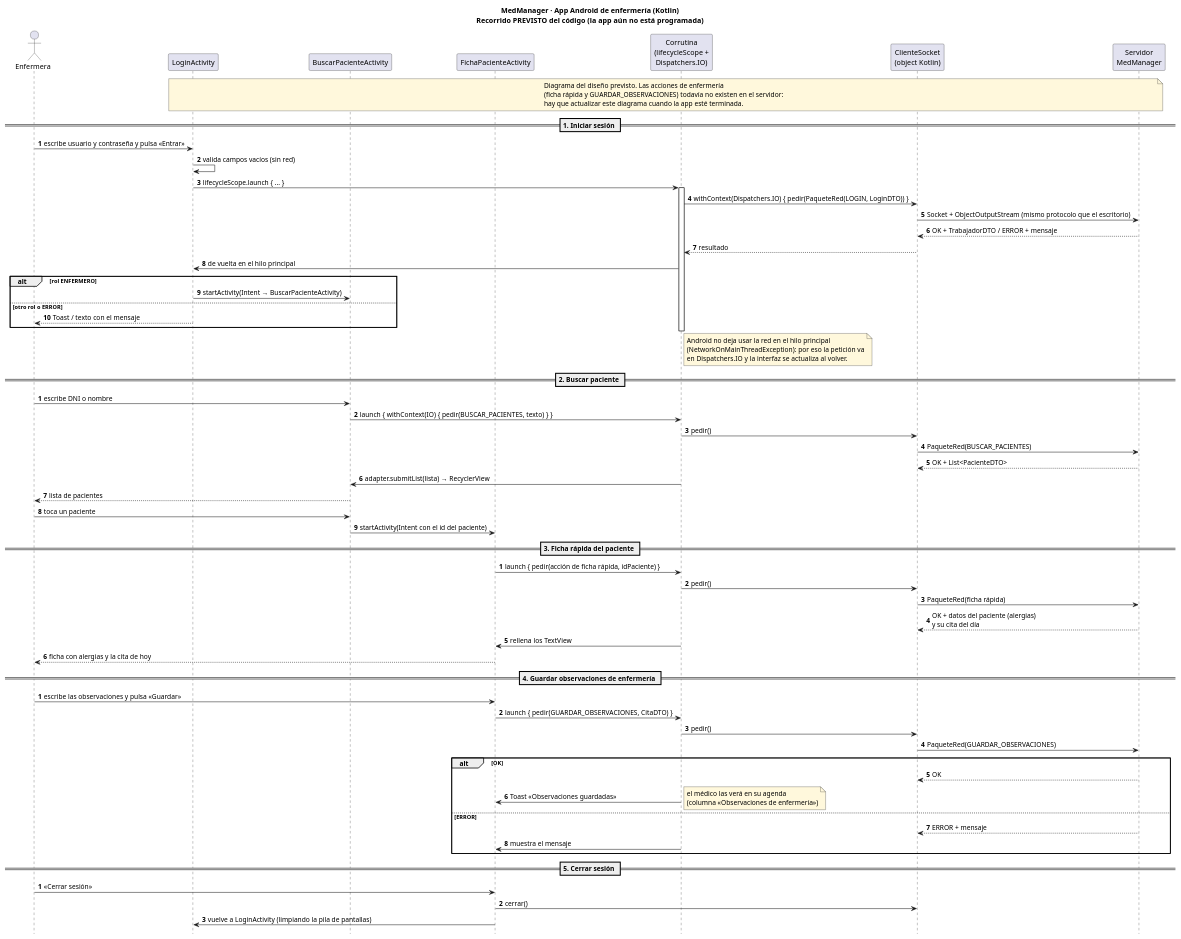
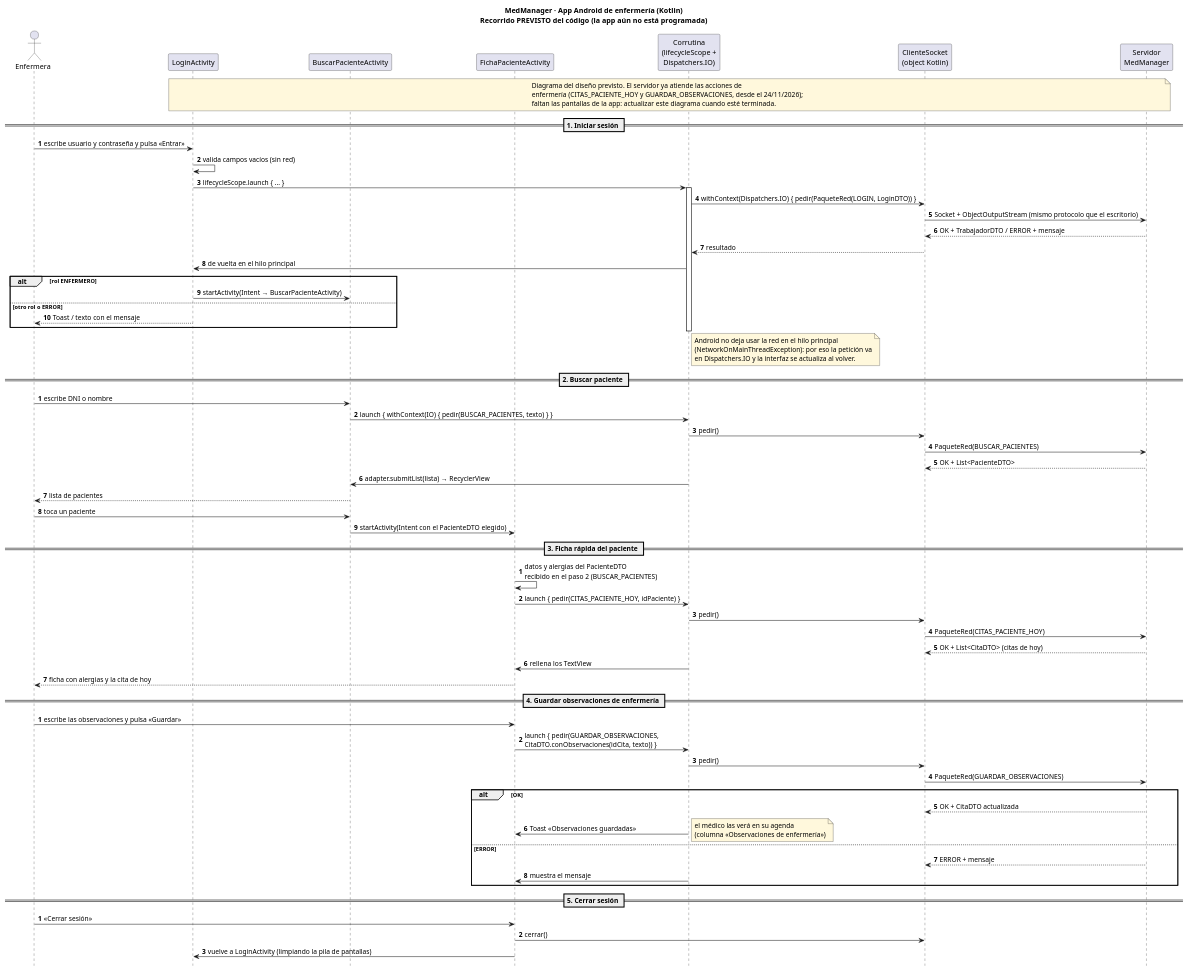
Before and after one commit to pausama3/trabajo_final_grado: the diagram in docs/Diagramas/Recorridos/recorrido_android.puml, drawn with PlantUML. The commit also changed 12 other files, not shown here.

```diff
--- a/docs/Diagramas/Recorridos/recorrido_android.puml
+++ b/docs/Diagramas/Recorridos/recorrido_android.puml
@@ -1,88 +1,89 @@
 @startuml recorrido_android
 title MedManager · App Android de enfermería (Kotlin)\nRecorrido PREVISTO del código (la app aún no está programada)
 
 skinparam shadowing false
 skinparam sequenceMessageAlign left
 skinparam responseMessageBelowArrow true
 skinparam noteBackgroundColor #FFF8DC
 hide footbox
 
 actor "Enfermera" as U
 participant "LoginActivity" as L
 participant "BuscarPacienteActivity" as B
 participant "FichaPacienteActivity" as F
 participant "Corrutina\n(lifecycleScope +\nDispatchers.IO)" as CO
 participant "ClienteSocket\n(object Kotlin)" as CS
 participant "Servidor\nMedManager" as SRV
 
 note over L, SRV
-  Diagrama del diseño previsto. Las acciones de enfermería
-  (ficha rápida y GUARDAR_OBSERVACIONES) todavía no existen en el servidor:
-  hay que actualizar este diagrama cuando la app esté terminada.
+  Diagrama del diseño previsto. El servidor ya atiende las acciones de
+  enfermería (CITAS_PACIENTE_HOY y GUARDAR_OBSERVACIONES, desde el 24/11/2026);
+  faltan las pantallas de la app: actualizar este diagrama cuando esté terminada.
 end note
 
 == 1. Iniciar sesión ==
 autonumber 1
 U -> L : escribe usuario y contraseña y pulsa «Entrar»
 L -> L : valida campos vacíos (sin red)
 L -> CO : lifecycleScope.launch { ... }
 activate CO
 CO -> CS : withContext(Dispatchers.IO) { pedir(PaqueteRed(LOGIN, LoginDTO)) }
 CS -> SRV : Socket + ObjectOutputStream (mismo protocolo que el escritorio)
 SRV --> CS : OK + TrabajadorDTO / ERROR + mensaje
 CS --> CO : resultado
 CO -> L : de vuelta en el hilo principal
 alt rol ENFERMERO
   L -> B : startActivity(Intent → BuscarPacienteActivity)
 else otro rol o ERROR
   L --> U : Toast / texto con el mensaje
 end
 deactivate CO
 note right of CO
   Android no deja usar la red en el hilo principal
   (NetworkOnMainThreadException): por eso la petición va
   en Dispatchers.IO y la interfaz se actualiza al volver.
 end note
 
 == 2. Buscar paciente ==
 autonumber 1
 U -> B : escribe DNI o nombre
 B -> CO : launch { withContext(IO) { pedir(BUSCAR_PACIENTES, texto) } }
 CO -> CS : pedir()
 CS -> SRV : PaqueteRed(BUSCAR_PACIENTES)
 SRV --> CS : OK + List<PacienteDTO>
 CO -> B : adapter.submitList(lista) → RecyclerView
 B --> U : lista de pacientes
 U -> B : toca un paciente
-B -> F : startActivity(Intent con el id del paciente)
+B -> F : startActivity(Intent con el PacienteDTO elegido)
 
 == 3. Ficha rápida del paciente ==
 autonumber 1
-F -> CO : launch { pedir(acción de ficha rápida, idPaciente) }
+F -> F : datos y alergias del PacienteDTO\nrecibido en el paso 2 (BUSCAR_PACIENTES)
+F -> CO : launch { pedir(CITAS_PACIENTE_HOY, idPaciente) }
 CO -> CS : pedir()
-CS -> SRV : PaqueteRed(ficha rápida)
-SRV --> CS : OK + datos del paciente (alergias)\ny su cita del día
+CS -> SRV : PaqueteRed(CITAS_PACIENTE_HOY)
+SRV --> CS : OK + List<CitaDTO> (citas de hoy)
 CO -> F : rellena los TextView
 F --> U : ficha con alergias y la cita de hoy
 
 == 4. Guardar observaciones de enfermería ==
 autonumber 1
 U -> F : escribe las observaciones y pulsa «Guardar»
-F -> CO : launch { pedir(GUARDAR_OBSERVACIONES, CitaDTO) }
+F -> CO : launch { pedir(GUARDAR_OBSERVACIONES,\nCitaDTO.conObservaciones(idCita, texto)) }
 CO -> CS : pedir()
 CS -> SRV : PaqueteRed(GUARDAR_OBSERVACIONES)
 alt OK
-  SRV --> CS : OK
+  SRV --> CS : OK + CitaDTO actualizada
   CO -> F : Toast «Observaciones guardadas»
   note right : el médico las verá en su agenda\n(columna «Observaciones de enfermería»)
 else ERROR
   SRV --> CS : ERROR + mensaje
   CO -> F : muestra el mensaje
 end
 
 == 5. Cerrar sesión ==
 autonumber 1
 U -> F : «Cerrar sesión»
 F -> CS : cerrar()
 F -> L : vuelve a LoginActivity (limpiando la pila de pantallas)
 @enduml
```
